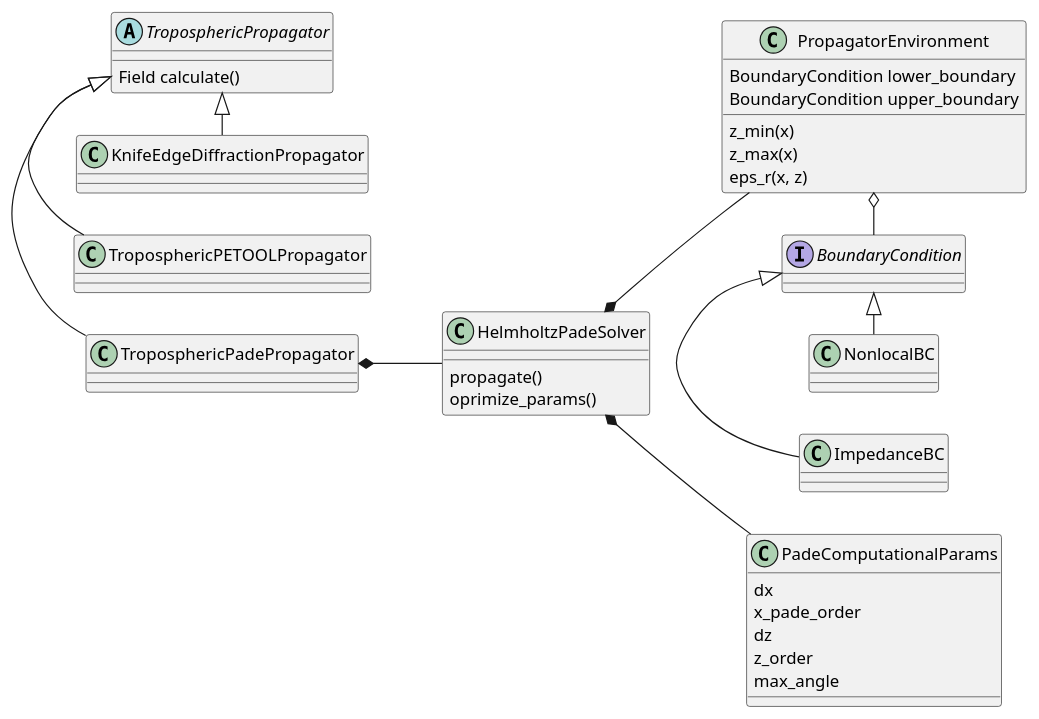
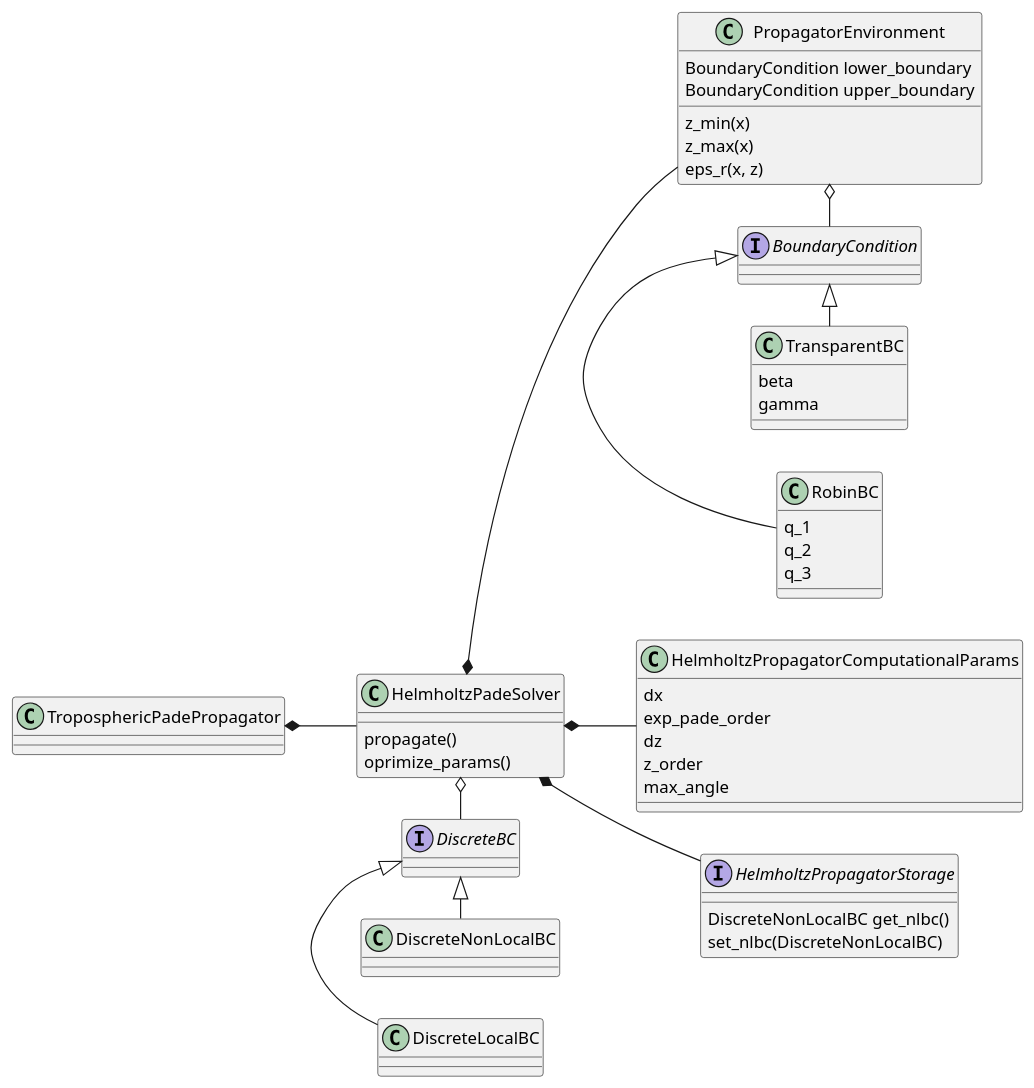
One commit to mikelytaev/wave-propagation changed the diagram in examples/phd_thesis/wpclassdiag2.puml. Above: the diagram before and after it, drawn with PlantUML. The commit also changed 1 other file, not shown here.

Commit message:
uml diagrams modified

```diff
--- a/examples/phd_thesis/wpclassdiag2.puml
+++ b/examples/phd_thesis/wpclassdiag2.puml
@@ -1,59 +1,72 @@
 @startuml
 left to right direction
-
-abstract class TroposphericPropagator {
-Field calculate()
-}
-
-class TroposphericPadePropagator {
-
-}
-
-TroposphericPropagator <|- TroposphericPadePropagator
-TroposphericPropagator <|- TroposphericPETOOLPropagator
-TroposphericPropagator <|- KnifeEdgeDiffractionPropagator
 
 TroposphericPadePropagator *--HelmholtzPadeSolver
 
 class HelmholtzPadeSolver {
     propagate()
     oprimize_params()
 }
 
-class PadeComputationalParams {
+class HelmholtzPropagatorComputationalParams {
 dx
-x_pade_order
+exp_pade_order
 dz
 z_order
 max_angle
 }
 
-HelmholtzPadeSolver *-- PadeComputationalParams
+interface HelmholtzPropagatorStorage {
+DiscreteNonLocalBC get_nlbc()
+set_nlbc(DiscreteNonLocalBC)
+}
+
+HelmholtzPadeSolver *-- HelmholtzPropagatorComputationalParams
 HelmholtzPadeSolver *-- PropagatorEnvironment
+HelmholtzPadeSolver *-- HelmholtzPropagatorStorage
+HelmholtzPadeSolver o- DiscreteBC
 
-BoundaryCondition <|- ImpedanceBC
-BoundaryCondition <|- NonlocalBC
+BoundaryCondition <|- RobinBC
+BoundaryCondition <|- TransparentBC
 
 interface BoundaryCondition {
 
 }
 
-class ImpedanceBC {
+class RobinBC {
+q_1
+q_2
+q_3
+}
+
+class TransparentBC {
+beta
+gamma
+}
+
+interface DiscreteBC {
 
 }
 
-class NonlocalBC {
+class DiscreteLocalBC {
 
 }
+
+class DiscreteNonLocalBC {
+
+}
+
+DiscreteBC <|- DiscreteLocalBC
+DiscreteBC <|- DiscreteNonLocalBC
 
 PropagatorEnvironment o- BoundaryCondition
 
 class PropagatorEnvironment {
 BoundaryCondition lower_boundary
 BoundaryCondition upper_boundary
 z_min(x)
 z_max(x)
 eps_r(x, z)
 }
 
 @enduml
```
